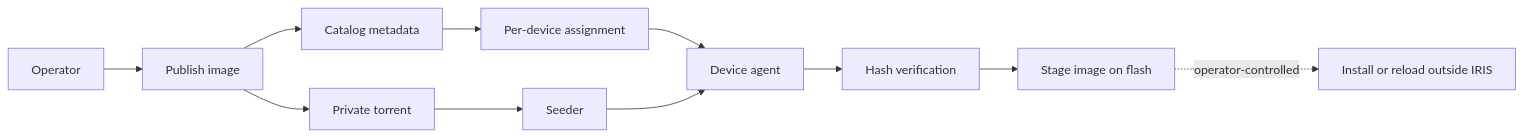
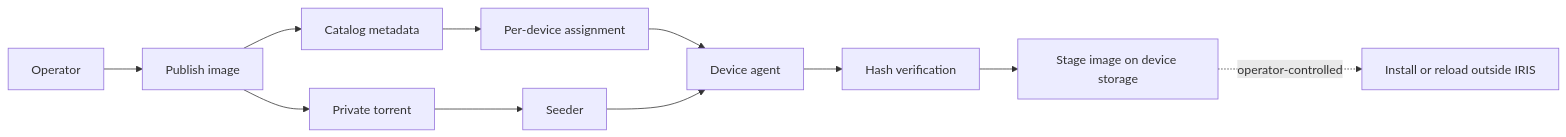
The diagram in docs/zensical/index.md (cisco-open/intelligent-release-image-staging), drawn with Mermaid before and after one commit. The commit also changed other lines of this file and 72 other files, not shown here.

````diff
--- a/docs/zensical/index.md
+++ b/docs/zensical/index.md
@@ -37,13 +37,13 @@
 ```mermaid
 flowchart LR
     Operator["Operator"] --> Publish["Publish image"]
     Publish --> Catalog["Catalog metadata"]
     Publish --> Torrent["Private torrent"]
     Torrent --> Seeder["Seeder"]
     Catalog --> Policy["Per-device assignment"]
     Policy --> Agent["Device agent"]
     Seeder --> Agent
     Agent --> Verify["Hash verification"]
-    Verify --> Stage["Stage image on flash"]
+    Verify --> Stage["Stage image on device storage"]
     Stage -. "operator-controlled" .-> Install["Install or reload outside IRIS"]
 ```
````
